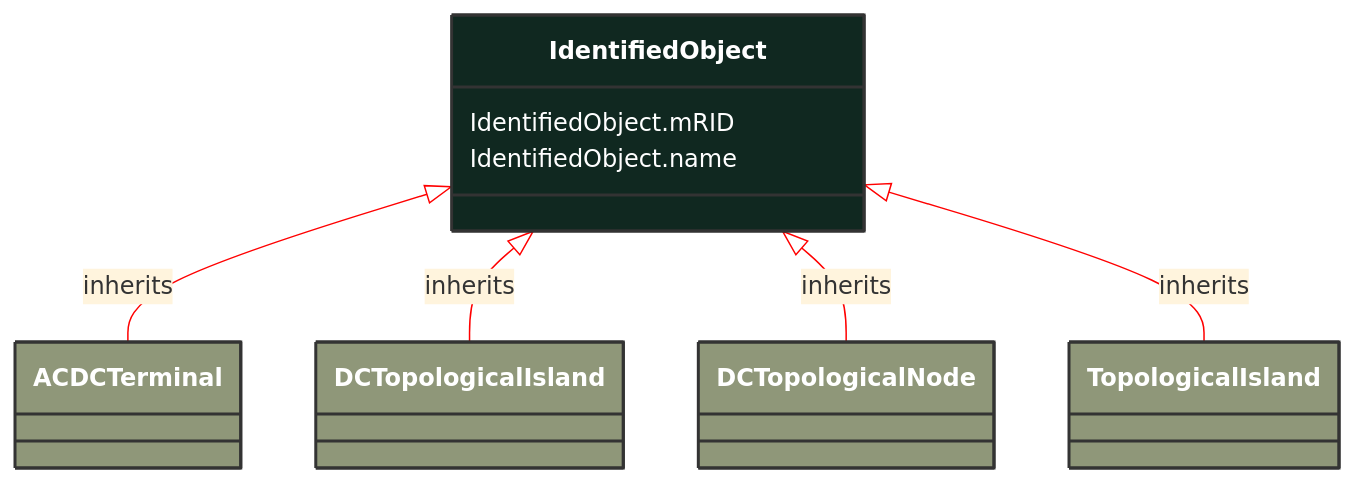
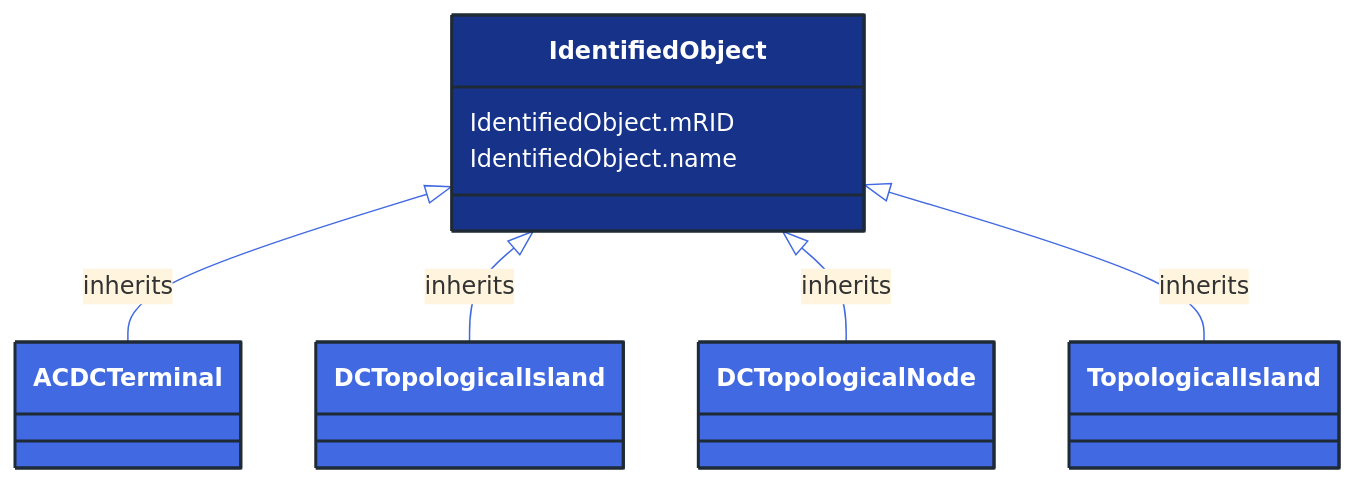
One commit to 3lbits/NoCIMExtensions changed the diagram in docs/Models/Profiles/StateVariables/AbstractClasses/IdentifiedObject.md. Above: the diagram before and after it, drawn with Mermaid. The commit also changed 362 other files, not shown here.

First line of the commit message:
Update diagrams and styles for improved visual consistency

````diff
--- a/docs/Models/Profiles/StateVariables/AbstractClasses/IdentifiedObject.md
+++ b/docs/Models/Profiles/StateVariables/AbstractClasses/IdentifiedObject.md
@@ -10,36 +10,36 @@
 ```mermaid
-%%{init: {'theme':'base','themeVariables': {'lineColor': '#FF0000'}}}%%
+%%{init: {'theme':'base','themeVariables': {'lineColor': '#4169E1'}}}%%
 classDiagram
     class IdentifiedObject
     click IdentifiedObject href "/Models/Profiles/StateVariables/AbstractClasses/IdentifiedObject/"
-    style IdentifiedObject fill:#102820,stroke:#333,stroke-width:2px,rx:10,ry:10,color:white
+    style IdentifiedObject fill:#163289,stroke:#1F2A37,stroke-width:2px,rx:10,ry:10,color:white
 
         IdentifiedObject <|-- ACDCTerminal : inherits
 
         ACDCTerminal
             click ACDCTerminal href "/Models/Profiles/StateVariables/AbstractClasses/ACDCTerminal/"
-            style ACDCTerminal fill:#8F9779,stroke:#333,stroke-width:2px,rx:10,ry:10,color:white
+            style ACDCTerminal fill:#4169E1,stroke:#1F2A37,stroke-width:2px,rx:10,ry:10,color:white
 
         IdentifiedObject <|-- DCTopologicalIsland : inherits
 
         DCTopologicalIsland
             click DCTopologicalIsland href "/Models/Profiles/StateVariables/ConcreteClasses/DCTopologicalIsland/"
-            style DCTopologicalIsland fill:#8F9779,stroke:#333,stroke-width:2px,rx:10,ry:10,color:white
+            style DCTopologicalIsland fill:#4169E1,stroke:#1F2A37,stroke-width:2px,rx:10,ry:10,color:white
 
         IdentifiedObject <|-- DCTopologicalNode : inherits
 
         DCTopologicalNode
             click DCTopologicalNode href "/Models/Profiles/StateVariables/ConcreteClasses/DCTopologicalNode/"
-            style DCTopologicalNode fill:#8F9779,stroke:#333,stroke-width:2px,rx:10,ry:10,color:white
+            style DCTopologicalNode fill:#4169E1,stroke:#1F2A37,stroke-width:2px,rx:10,ry:10,color:white
 
         IdentifiedObject <|-- TopologicalIsland : inherits
 
         TopologicalIsland
             click TopologicalIsland href "/Models/Profiles/StateVariables/ConcreteClasses/TopologicalIsland/"
-            style TopologicalIsland fill:#8F9779,stroke:#333,stroke-width:2px,rx:10,ry:10,color:white
+            style TopologicalIsland fill:#4169E1,stroke:#1F2A37,stroke-width:2px,rx:10,ry:10,color:white
 
 
 
         IdentifiedObject : IdentifiedObject.mRID
         IdentifiedObject : IdentifiedObject.name
 ```
````
